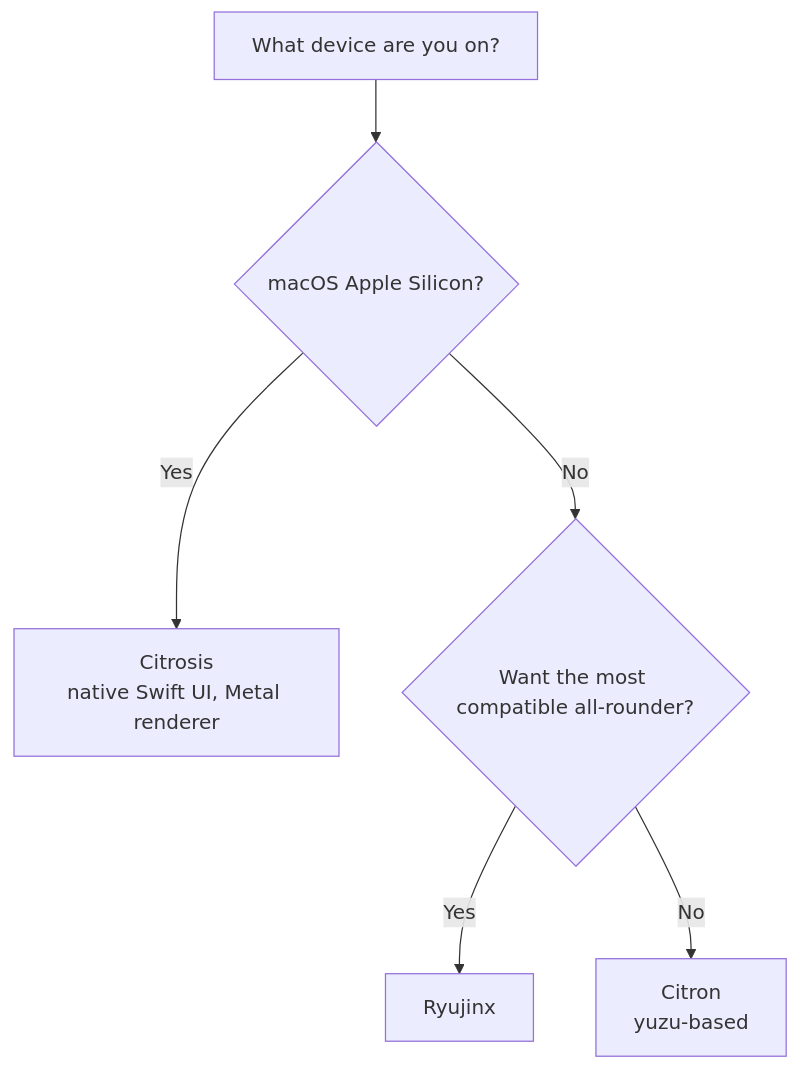
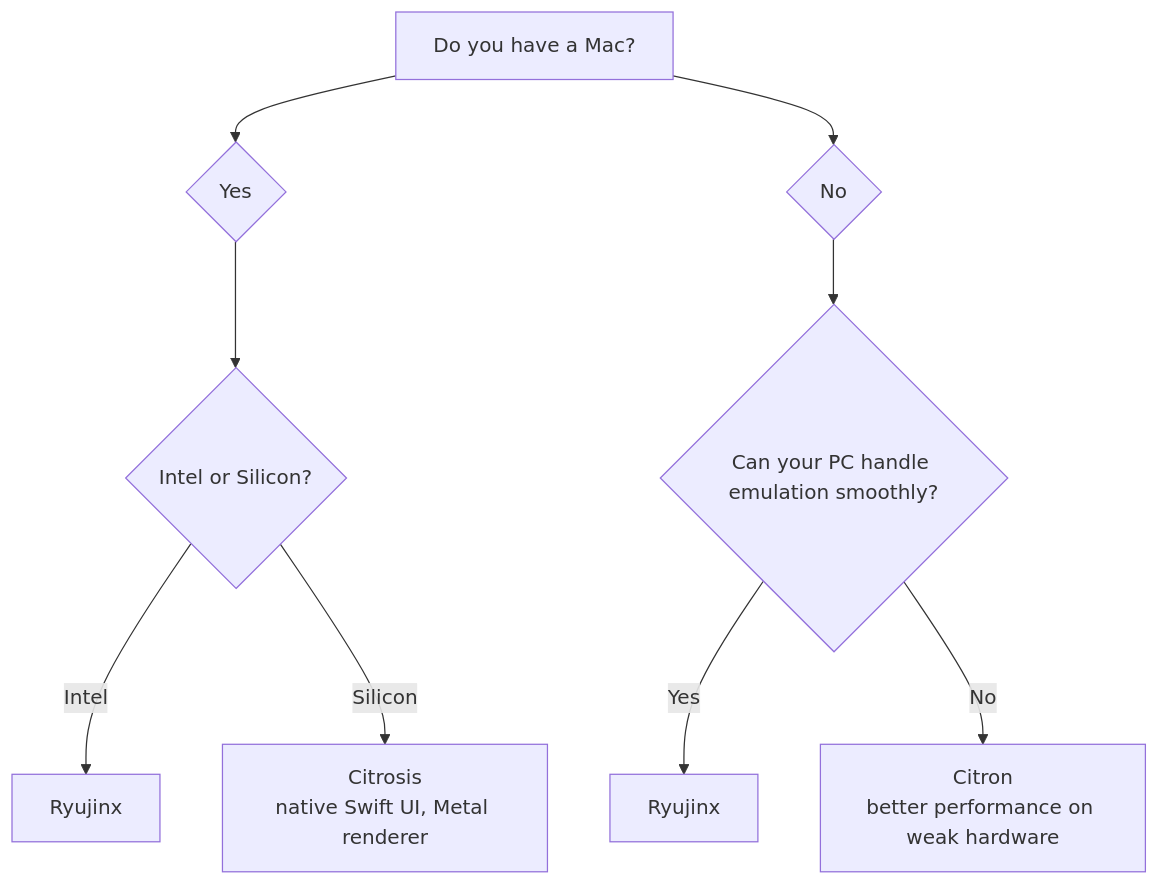
Before and after one commit to GRID0-net/GRID0: the diagram in README.md, drawn with Mermaid.

Commit message:
restructure emulator tree by device and performance

````diff
--- a/README.md
+++ b/README.md
@@ -54,9 +54,12 @@
 ```mermaid
 graph TD
-    A[What device are you on?] --> B{macOS Apple Silicon?}
-    B -->|Yes| C[Citrosis<br/>native Swift UI, Metal renderer]
-    B -->|No| D{Want the most compatible all-rounder?}
-    D -->|Yes| E[Ryujinx]
-    D -->|No| F[Citron<br/>yuzu-based]
-    click F "https://github.com/GRID0-net/GRID0-citron"
+    A[Do you have a Mac?] --> B{Yes}
+    A --> C{No}
+    B --> D{Intel or Silicon?}
+    D -->|Intel| E[Ryujinx]
+    D -->|Silicon| F[Citrosis<br/>native Swift UI, Metal renderer]
+    C --> G{Can your PC handle emulation smoothly?}
+    G -->|Yes| H[Ryujinx]
+    G -->|No| I[Citron<br/>better performance on weak hardware]
+    click I "https://github.com/GRID0-net/GRID0-citron"
 ```
````
